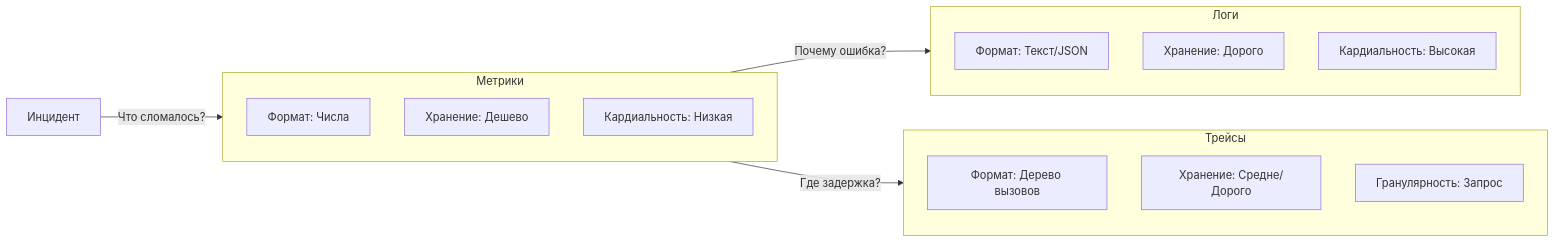
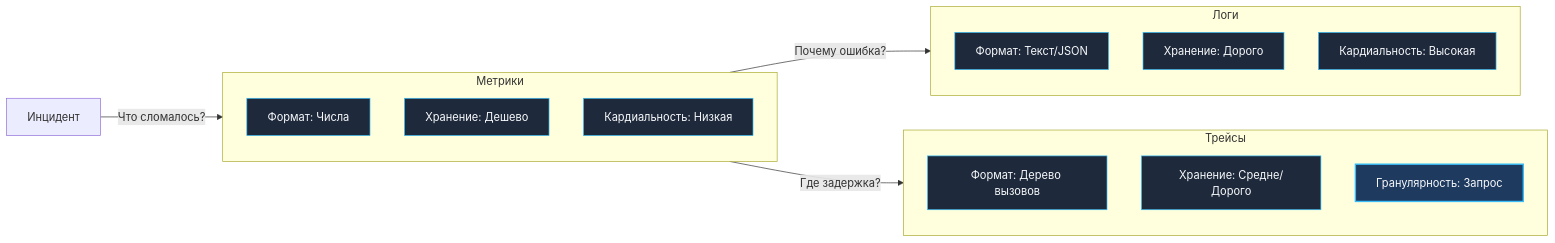
Before and after one commit to UnrealTemplier/go-textbook: the diagram in sources/18. Observability (Мониторинг и наблюдаемость)/01. Основы/2. Метрики vs логи vs трейсы.md, drawn with Mermaid. The commit also changed 1666 other files, not shown here.

First line of the commit message:
feat(mermaid): add semantic color classDef to 1369 colorless flowchart/graph diagrams

````diff
--- a/sources/18. Observability (Мониторинг и наблюдаемость)/01. Основы/2. Метрики vs логи vs трейсы.md
+++ b/sources/18. Observability (Мониторинг и наблюдаемость)/01. Основы/2. Метрики vs логи vs трейсы.md
@@ -18,27 +18,37 @@
 ```mermaid
 flowchart LR
+    classDef process  fill:#1e293b,stroke:#38bdf8,stroke-width:1px,color:#f8fafc
+    classDef success  fill:#064e3b,stroke:#34d399,stroke-width:1px,color:#f8fafc
+    classDef error    fill:#7f1d1d,stroke:#f87171,stroke-width:1px,color:#f8fafc
+    classDef warning  fill:#78350f,stroke:#fbbf24,stroke-width:1px,color:#f8fafc
+    classDef entry    fill:#1e3a5f,stroke:#38bdf8,stroke-width:2px,color:#f8fafc
+    classDef aux      fill:#334155,stroke:#64748b,stroke-width:1px,color:#f8fafc
+    classDef system   fill:#312e81,stroke:#a78bfa,stroke-width:1px,color:#f8fafc
+    classDef data     fill:#132d29,stroke:#2dd4bf,stroke-width:1px,color:#f8fafc
+    classDef network  fill:#881337,stroke:#fb7185,stroke-width:1px,color:#f8fafc
+    classDef accent   fill:#1e1b4b,stroke:#818cf8,stroke-width:1px,color:#f8fafc
     subgraph A["Метрики"]
         direction TB
-        A1["Формат: Числа"]
-        A2["Хранение: Дешево"]
-        A3["Кардиальность: Низкая"]
+        A1["Формат: Числа"]:::process
+        A2["Хранение: Дешево"]:::process
+        A3["Кардиальность: Низкая"]:::process
     end
 
     subgraph B["Логи"]
         direction TB
-        B1["Формат: Текст/JSON"]
-        B2["Хранение: Дорого"]
-        B3["Кардиальность: Высокая"]
+        B1["Формат: Текст/JSON"]:::process
+        B2["Хранение: Дорого"]:::process
+        B3["Кардиальность: Высокая"]:::process
     end
 
     subgraph C["Трейсы"]
         direction TB
-        C1["Формат: Дерево вызовов"]
-        C2["Хранение: Средне/Дорого"]
-        C3["Гранулярность: Запрос"]
+        C1["Формат: Дерево вызовов"]:::process
+        C2["Хранение: Средне/Дорого"]:::process
+        C3["Гранулярность: Запрос"]:::entry
     end
 
     D["Инцидент"] -->|"Что сломалось?"| A
     A -->|"Почему ошибка?"| B
     A -->|"Где задержка?"| C
 ```
````
